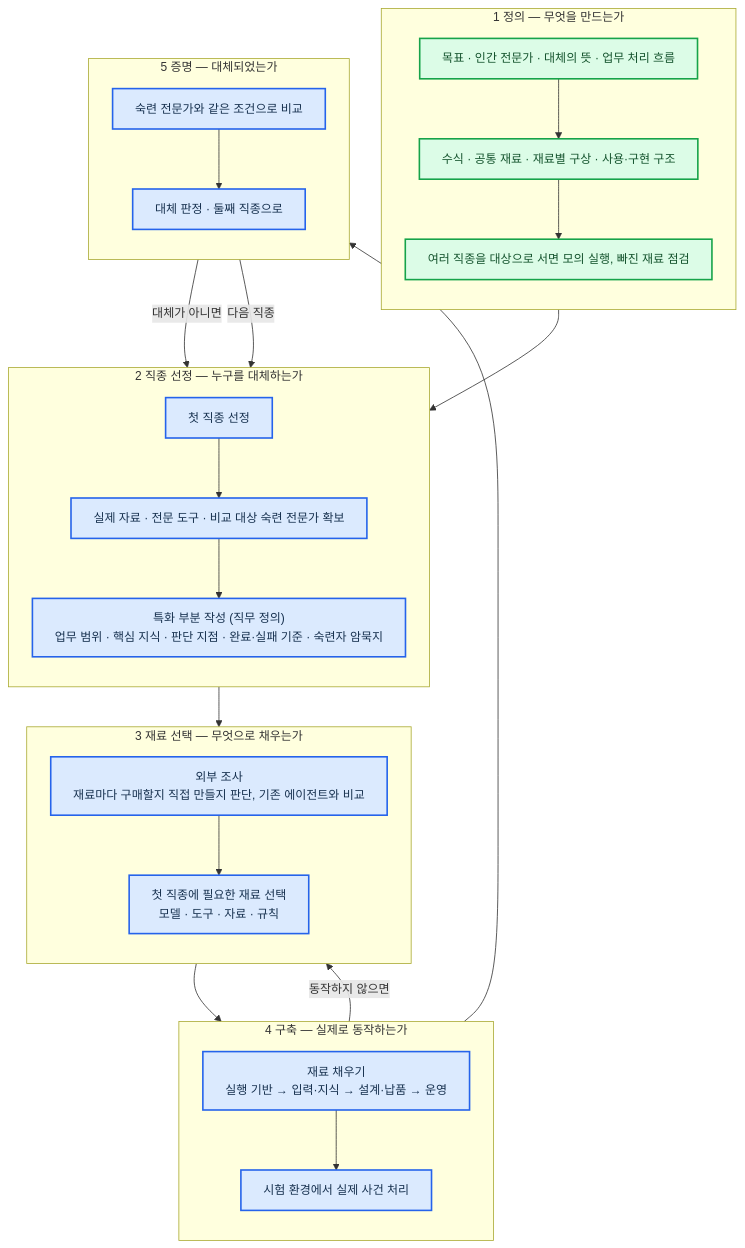
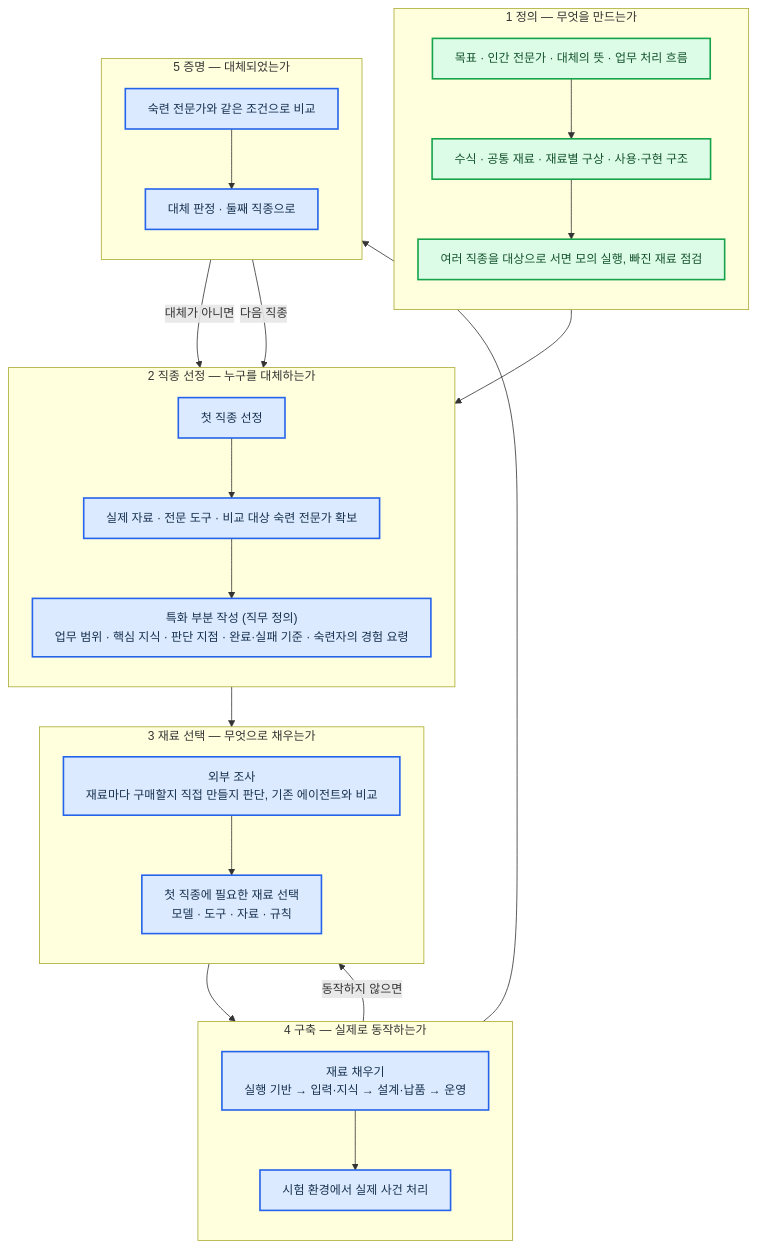
Before and after one commit to harisbaguette/expert: the diagram in 진행-계획.md, drawn with Mermaid. The commit also changed other lines of this file, not shown here.

````diff
--- a/진행-계획.md
+++ b/진행-계획.md
@@ -87,45 +89,45 @@
 ```mermaid
 %%{init: {"flowchart": {"wrappingWidth": 640, "curve": "basis", "nodeSpacing": 40, "rankSpacing": 50, "padding": 14, "useMaxWidth": true}, "themeVariables": {"fontSize": "15px"}} }%%
 flowchart TB
     subgraph S1["1 정의 — 무엇을 만드는가"]
         direction TB
         A1["목표 · 인간 전문가 · 대체의 뜻 · 업무 처리 흐름"]:::done
         A2["수식 · 공통 재료 · 재료별 구상 · 사용·구현 구조"]:::done
         A3["여러 직종을 대상으로 서면 모의 실행, 빠진 재료 점검"]:::done
         A1 --> A2 --> A3
     end
     subgraph S2["2 직종 선정 — 누구를 대체하는가"]
         direction TB
         B1["첫 직종 선정"]:::todo
         B2["실제 자료 · 전문 도구 · 비교 대상 숙련 전문가 확보"]:::todo
-        B3["특화 부분 작성 (직무 정의)<br/>업무 범위 · 핵심 지식 · 판단 지점 · 완료·실패 기준 · 숙련자 암묵지"]:::todo
+        B3["특화 부분 작성 (직무 정의)<br/>업무 범위 · 핵심 지식 · 판단 지점 · 완료·실패 기준 · 숙련자의 경험 요령"]:::todo
         B1 --> B2 --> B3
     end
     subgraph S3["3 재료 선택 — 무엇으로 채우는가"]
         direction TB
         C1["외부 조사<br/>재료마다 구매할지 직접 만들지 판단, 기존 에이전트와 비교"]:::todo
         C2["첫 직종에 필요한 재료 선택<br/>모델 · 도구 · 자료 · 규칙"]:::todo
         C1 --> C2
     end
     subgraph S4["4 구축 — 실제로 동작하는가"]
         direction TB
         D1["재료 채우기<br/>실행 기반 → 입력·지식 → 설계·납품 → 운영"]:::todo
         D2["시험 환경에서 실제 사건 처리"]:::todo
         D1 --> D2
     end
     subgraph S5["5 증명 — 대체되었는가"]
         direction TB
         E1["숙련 전문가와 같은 조건으로 비교"]:::todo
         E2["대체 판정 · 둘째 직종으로"]:::todo
         E1 --> E2
     end
     A3 --> B1
     B3 --> C1
     C2 --> D1
     D2 --> E1
     D2 -- "동작하지 않으면" --> C2
     E2 -- "대체가 아니면" --> B3
     E2 -- "다음 직종" --> B1
     classDef done fill:#dcfce7,stroke:#16a34a,stroke-width:2px,color:#14532d
     classDef todo fill:#dbeafe,stroke:#2563eb,stroke-width:2px,color:#17314f
 ```
````
